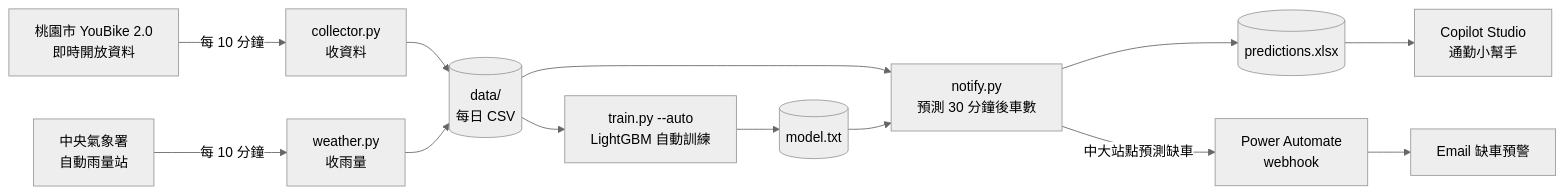
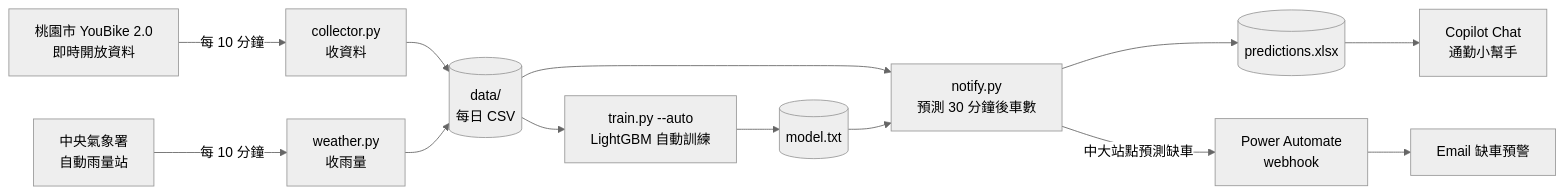
One commit to MingWei174/ncu-youbike changed the diagram in README.md. Above: the diagram before and after it, drawn with Mermaid (neutral theme). The commit also changed other lines of this file, not shown here.

Commit message:
更新 README.md：將 Copilot Studio 更名為 Microsoft 365 Copilot Chat，並調整相關說明

````diff
--- a/README.md
+++ b/README.md
@@ -25,15 +25,15 @@
 ```mermaid
 flowchart LR
     A[桃園市 YouBike 2.0<br/>即時開放資料] -->|每 10 分鐘| B[collector.py<br/>收資料]
     W[中央氣象署<br/>自動雨量站] -->|每 10 分鐘| X[weather.py<br/>收雨量]
     B --> C[(data/<br/>每日 CSV)]
     X --> C
     C --> D[train.py --auto<br/>LightGBM 自動訓練]
     D --> E[(model.txt)]
     C --> F[notify.py<br/>預測 30 分鐘後車數]
     E --> F
     F --> G[(predictions.xlsx)]
     F -->|中大站點預測缺車| H[Power Automate<br/>webhook]
     H --> I[Email 缺車預警]
-    G --> J[Copilot Studio<br/>通勤小幫手]
+    G --> J[Copilot Chat<br/>通勤小幫手]
 ```
````
